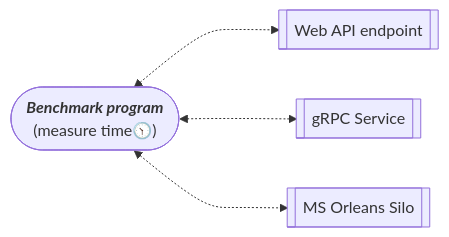
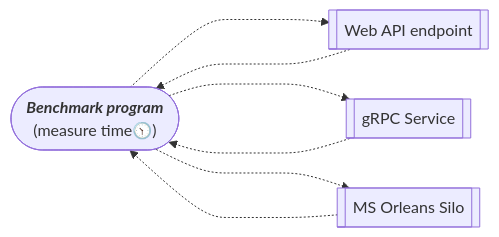
The diagram in slides/CSharp_BDN_examples/_csharp_bdn_examples.qmd (windperson/Hello_World_devconf_2024-slide), drawn with Mermaid before and after one commit. The commit also changed other lines of this file, not shown here.

Commit message:
Add CS8103 error workaround note

````diff
--- a/slides/CSharp_BDN_examples/_csharp_bdn_examples.qmd
+++ b/slides/CSharp_BDN_examples/_csharp_bdn_examples.qmd
@@ -8,6 +8,9 @@
 ```{mermaid}
 flowchart LR
-  B(["<em><b>Benchmark program</b></em><br/>(measure time🕥)"]) <-..-> W[["Web API endpoint"]]
-  B(["<em><b>Benchmark program</b></em><br/>(measure time🕥)"]) <-..-> g[["gRPC Service"]]
-  B(["<em><b>Benchmark program</b></em><br/>(measure time🕥)"]) <-..-> O[["MS Orleans Silo"]]
+  B(["<em><b>Benchmark program</b></em><br/>(measure time🕥)"]) -...-> W[["Web API endpoint"]]
+  W -...-> B
+  B(["<em><b>Benchmark program</b></em><br/>(measure time🕥)"]) -...-> g[["gRPC Service"]]
+  g -...-> B
+  B(["<em><b>Benchmark program</b></em><br/>(measure time🕥)"]) -...-> O[["MS Orleans Silo"]]
+  O -...-> B
 ```
````
